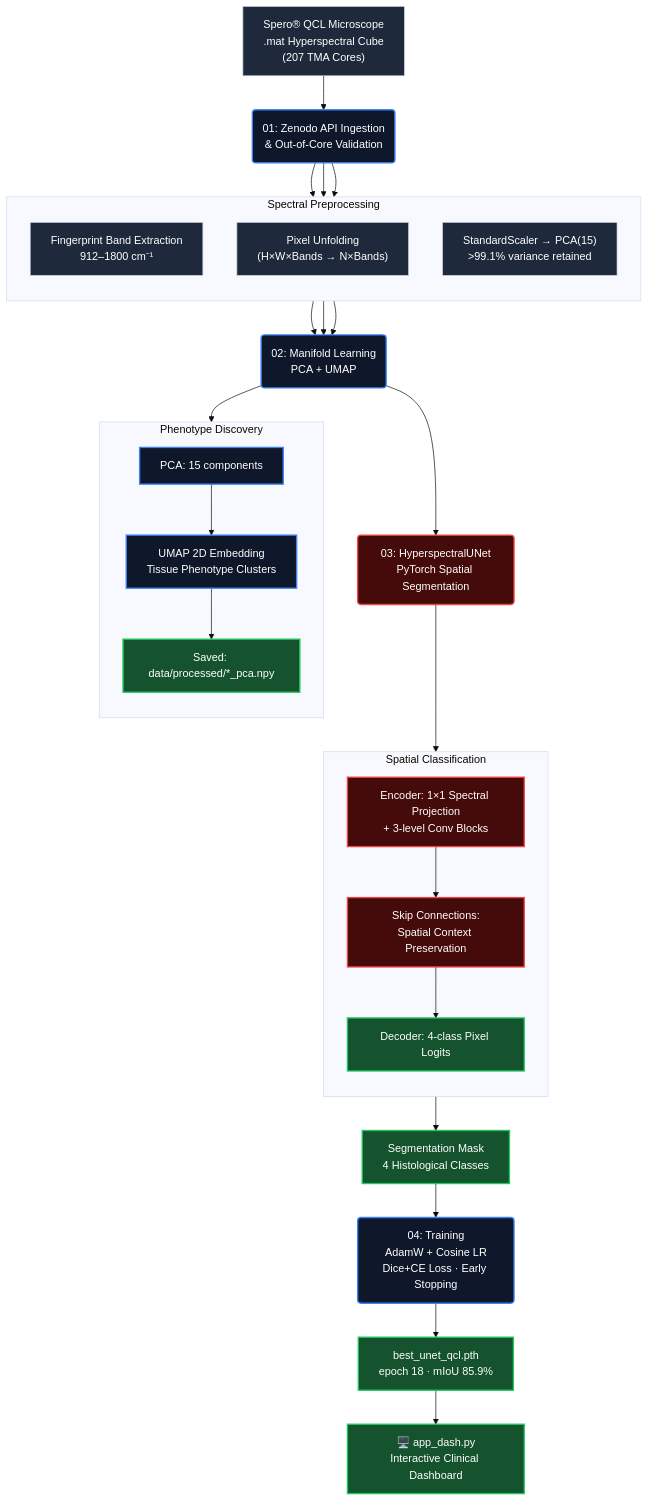
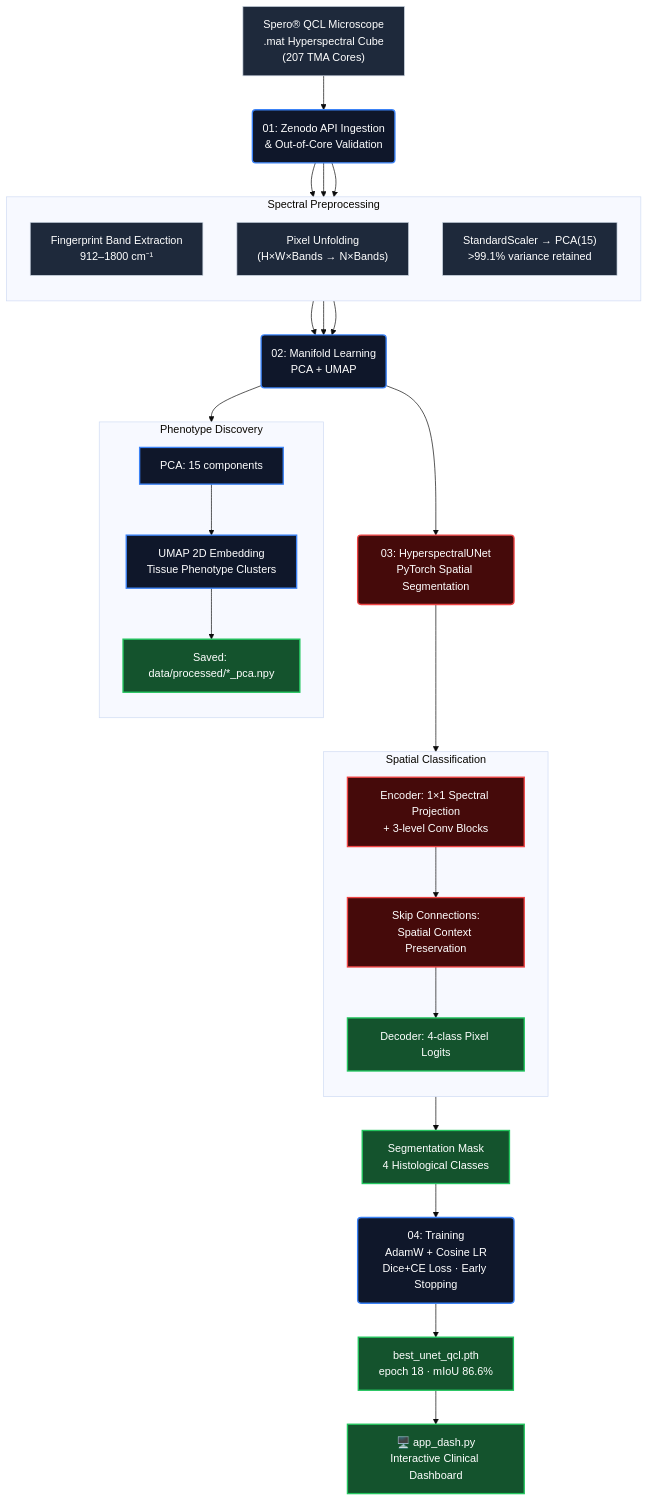
Before and after one commit to alexdbatista/data-science-portfolio: the diagram in qcl-breast-cancer-diagnostics/README.md, drawn with Mermaid (base theme). The commit also changed other lines of this file, not shown here.

Commit message:
docs: synchronize README metrics with actual validation results (86.6% mIoU)

````diff
--- a/qcl-breast-cancer-diagnostics/README.md
+++ b/qcl-breast-cancer-diagnostics/README.md
@@ -90,42 +90,42 @@
 ```mermaid
 flowchart TD
     classDef data fill:#1e293b,stroke:#cbd5e1,stroke-width:1px,color:#fff
     classDef process fill:#0f172a,stroke:#3b82f6,stroke-width:2px,color:#fff
     classDef model fill:#450a0a,stroke:#ef4444,stroke-width:2px,color:#fff
     classDef output fill:#14532d,stroke:#22c55e,stroke-width:2px,color:#fff
 
     A["Spero® QCL Microscope\n.mat Hyperspectral Cube\n(207 TMA Cores)"]:::data --> B("01: Zenodo API Ingestion\n& Out-of-Core Validation"):::process
 
     subgraph Spectral Preprocessing
         direction TB
         B1["Fingerprint Band Extraction\n912–1800 cm⁻¹"]:::data
         B2["Pixel Unfolding\n(H×W×Bands → N×Bands)"]:::data
         B3["StandardScaler → PCA(15)\n>99.1% variance retained"]:::data
     end
     B --> B1 & B2 & B3
 
     B1 & B2 & B3 --> C("02: Manifold Learning\nPCA + UMAP"):::process
 
     subgraph Phenotype Discovery
         direction TB
         C1["PCA: 15 components"]:::process
         C2["UMAP 2D Embedding\nTissue Phenotype Clusters"]:::process
         C3["Saved: data/processed/*_pca.npy"]:::output
     end
     C --> C1 --> C2 --> C3
 
     C --> D("03: HyperspectralUNet\nPyTorch Spatial Segmentation"):::model
 
     subgraph Spatial Classification
         direction TB
         D1["Encoder: 1×1 Spectral Projection\n+ 3-level Conv Blocks"]:::model
         D2["Skip Connections:\nSpatial Context Preservation"]:::model
         D3["Decoder: 4-class Pixel Logits"]:::output
     end
     D --> D1 --> D2 --> D3
 
     D3 --> E["Segmentation Mask\n4 Histological Classes"]:::output
     E --> F("04: Training\nAdamW + Cosine LR\nDice+CE Loss · Early Stopping"):::process
-    F --> G["best_unet_qcl.pth\nepoch 18 · mIoU 85.9%"]:::output
+    F --> G["best_unet_qcl.pth\nepoch 18 · mIoU 86.6%"]:::output
     G --> H["🖥️ app_dash.py\nInteractive Clinical Dashboard"]:::output
 ```
````
